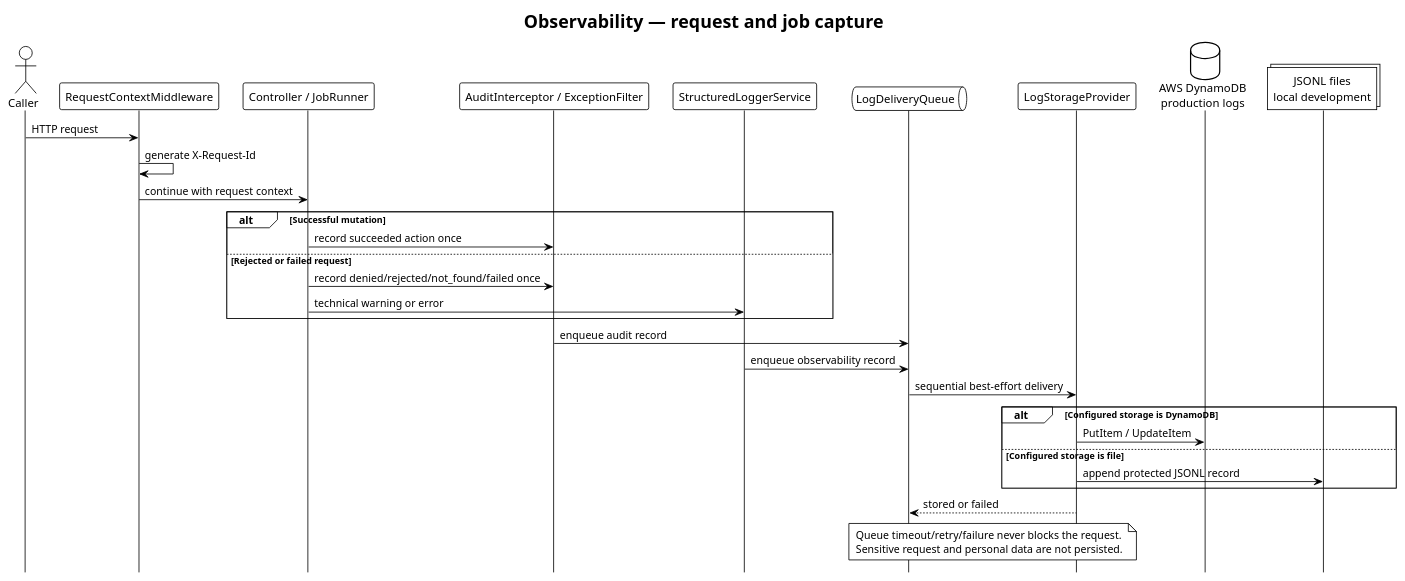
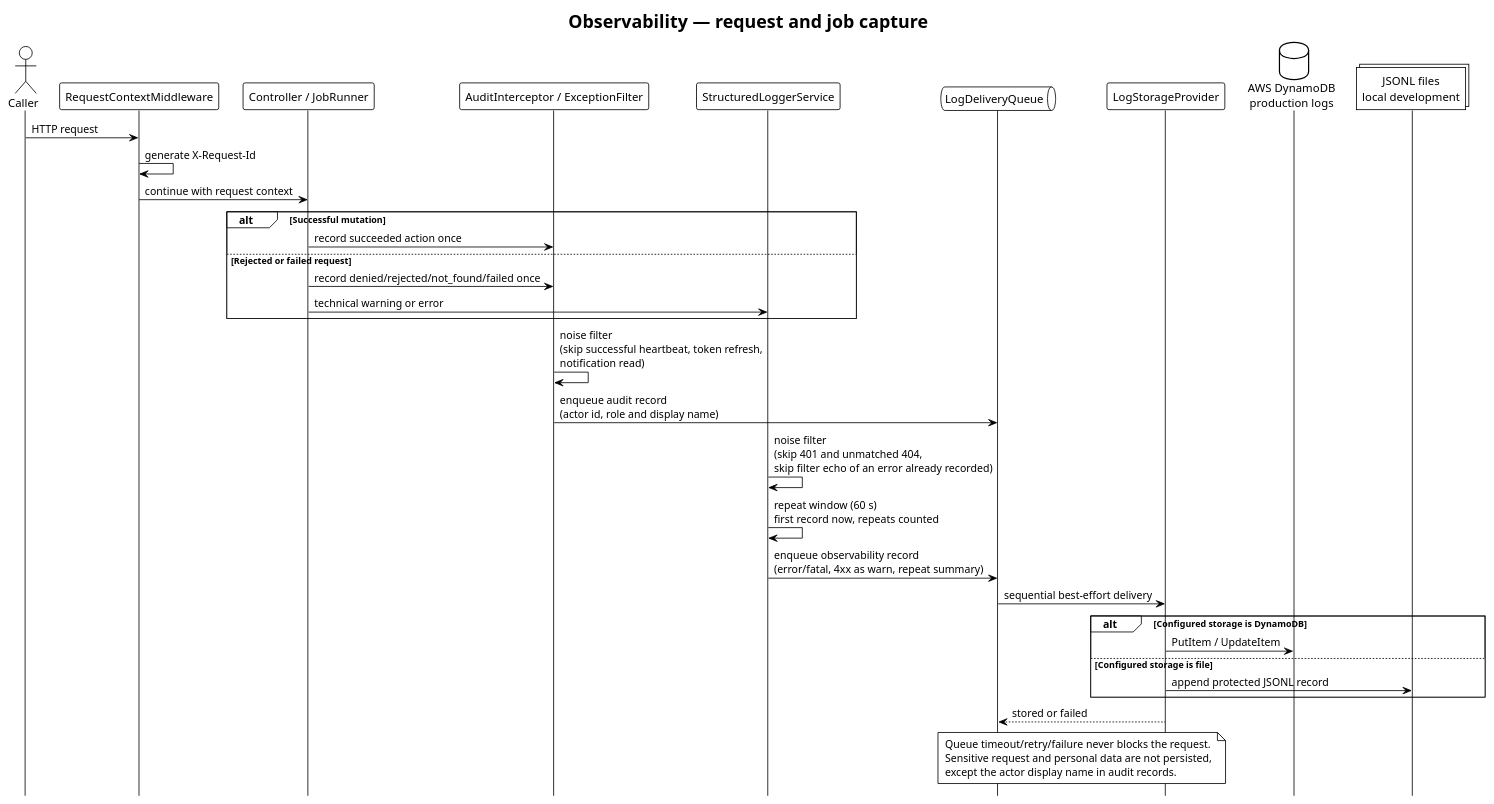
One commit to ministerioclubinhos/clubinhonib-api changed the diagram in docs/diagrams/flow/observability/observability-flow.puml. Above: the diagram before and after it, drawn with PlantUML. The commit also changed 27 other files, not shown here.

First line of the commit message:
feat(audit): include actor display name in audit logs and JWT payload

```diff
--- a/docs/diagrams/flow/observability/observability-flow.puml
+++ b/docs/diagrams/flow/observability/observability-flow.puml
@@ -1,41 +1,45 @@
 @startuml Observability and Audit Flow - Clubinho NIB API
 !theme plain
 hide footbox
 title Observability — request and job capture
 
 actor Caller
 participant RequestContextMiddleware as Context
 participant "Controller / JobRunner" as Execution
 participant "AuditInterceptor / ExceptionFilter" as Audit
 participant StructuredLoggerService as Logs
 queue LogDeliveryQueue as Queue
 participant LogStorageProvider as Storage
 database "AWS DynamoDB\nproduction logs" as DynamoDB
 collections "JSONL files\nlocal development" as Files
 
 Caller -> Context : HTTP request
 Context -> Context : generate X-Request-Id
 Context -> Execution : continue with request context
 
 alt Successful mutation
   Execution -> Audit : record succeeded action once
 else Rejected or failed request
   Execution -> Audit : record denied/rejected/not_found/failed once
   Execution -> Logs : technical warning or error
 end
 
-Audit -> Queue : enqueue audit record
-Logs -> Queue : enqueue observability record
+Audit -> Audit : noise filter\n(skip successful heartbeat, token refresh,\nnotification read)
+Audit -> Queue : enqueue audit record\n(actor id, role and display name)
+Logs -> Logs : noise filter\n(skip 401 and unmatched 404,\nskip filter echo of an error already recorded)
+Logs -> Logs : repeat window (60 s)\nfirst record now, repeats counted
+Logs -> Queue : enqueue observability record\n(error/fatal, 4xx as warn, repeat summary)
 Queue -> Storage : sequential best-effort delivery
 alt Configured storage is DynamoDB
   Storage -> DynamoDB : PutItem / UpdateItem
 else Configured storage is file
   Storage -> Files : append protected JSONL record
 end
 Storage --> Queue : stored or failed
 
 note over Queue, Storage
   Queue timeout/retry/failure never blocks the request.
-  Sensitive request and personal data are not persisted.
+  Sensitive request and personal data are not persisted,
+  except the actor display name in audit records.
 end note
 @enduml
```
